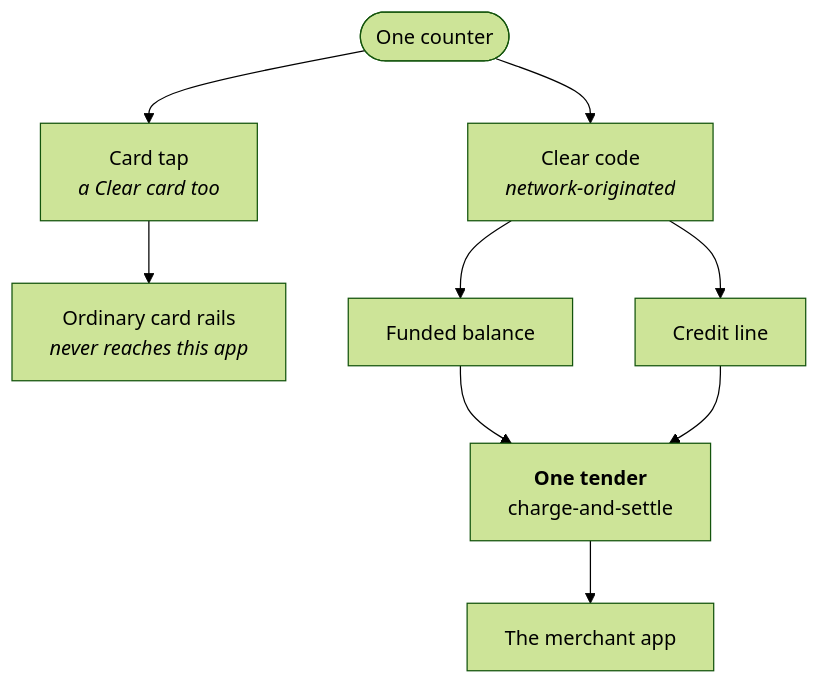
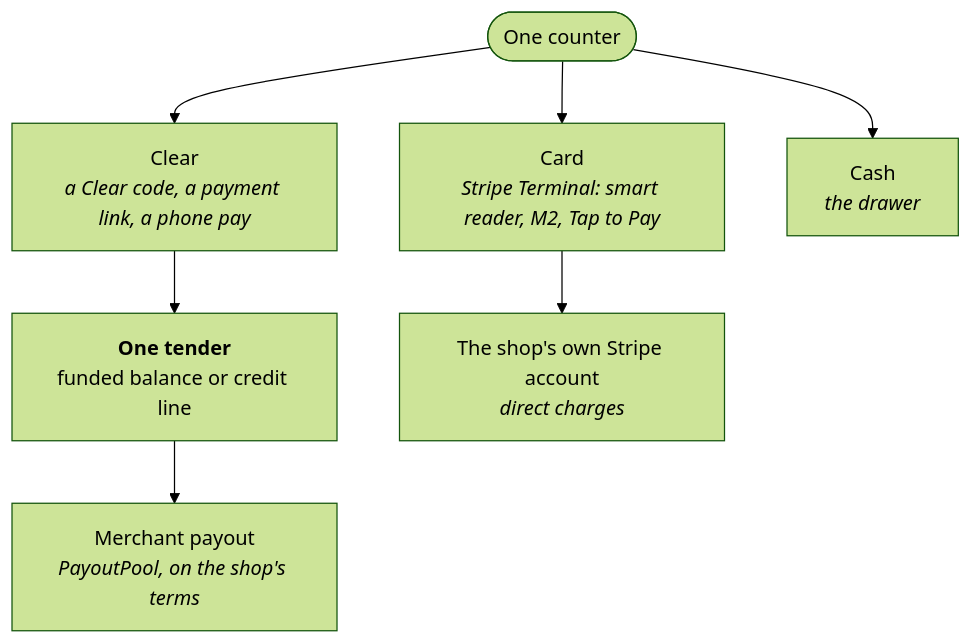
The fifth of 6 diagrams in README.md (Deed3Labs/Protocol-Contracts), drawn with Mermaid (forest theme) before and after one commit. The commit also changed other lines of this file and 8 other files, not shown here.

First line of the commit message:
Docs: the merchant app is a full point of sale; the reserve lends to payouts last

````diff
--- a/README.md
+++ b/README.md
@@ -537,11 +538,9 @@
 ```mermaid
 flowchart TD
-  C(["One counter"]) --> QR["Clear code<br/><i>network-originated</i>"]
-  C --> TAP["Card tap<br/><i>a Clear card too</i>"]
-  TAP --> OUT["Ordinary card rails<br/><i>never reaches this app</i>"]
-  QR --> BAL["Funded balance"]
-  QR --> LN["Credit line"]
-  BAL --> ONE["<b>One tender</b><br/>charge-and-settle"]
-  LN --> ONE
-  ONE --> APP["The merchant app"]
+  C(["One counter"]) --> CL["Clear<br/><i>a Clear code, a payment link, a phone pay</i>"]
+  C --> CARD["Card<br/><i>Stripe Terminal: smart reader, M2, Tap to Pay</i>"]
+  C --> CASH["Cash<br/><i>the drawer</i>"]
+  CL --> ONE["<b>One tender</b><br/>funded balance or credit line"]
+  ONE --> PP["Merchant payout<br/><i>PayoutPool, on the shop's terms</i>"]
+  CARD --> ST["The shop's own Stripe account<br/><i>direct charges</i>"]
 ```
````
